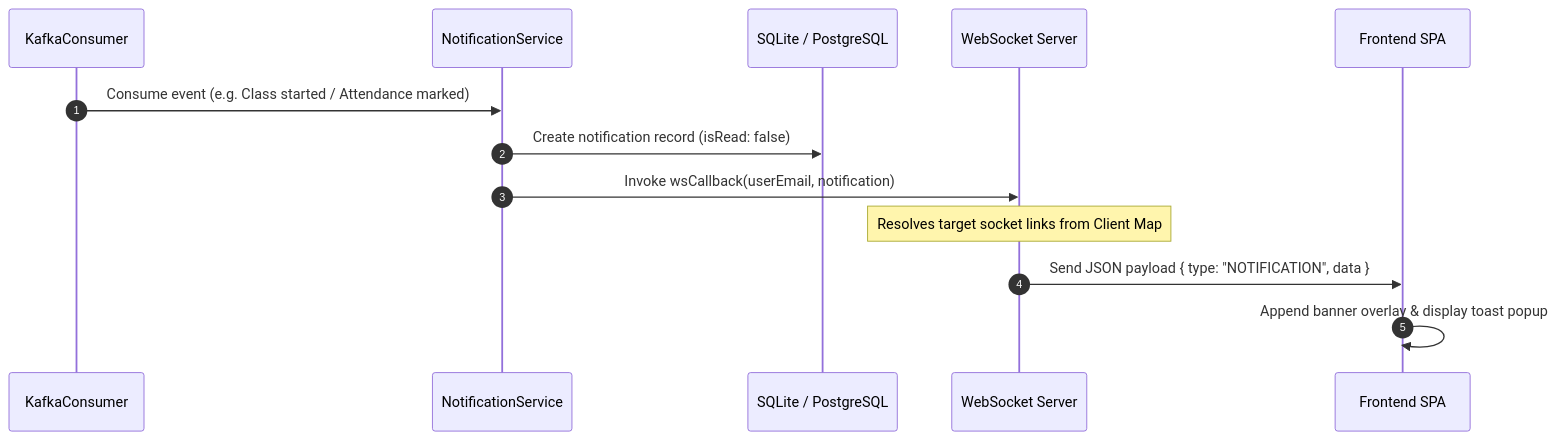
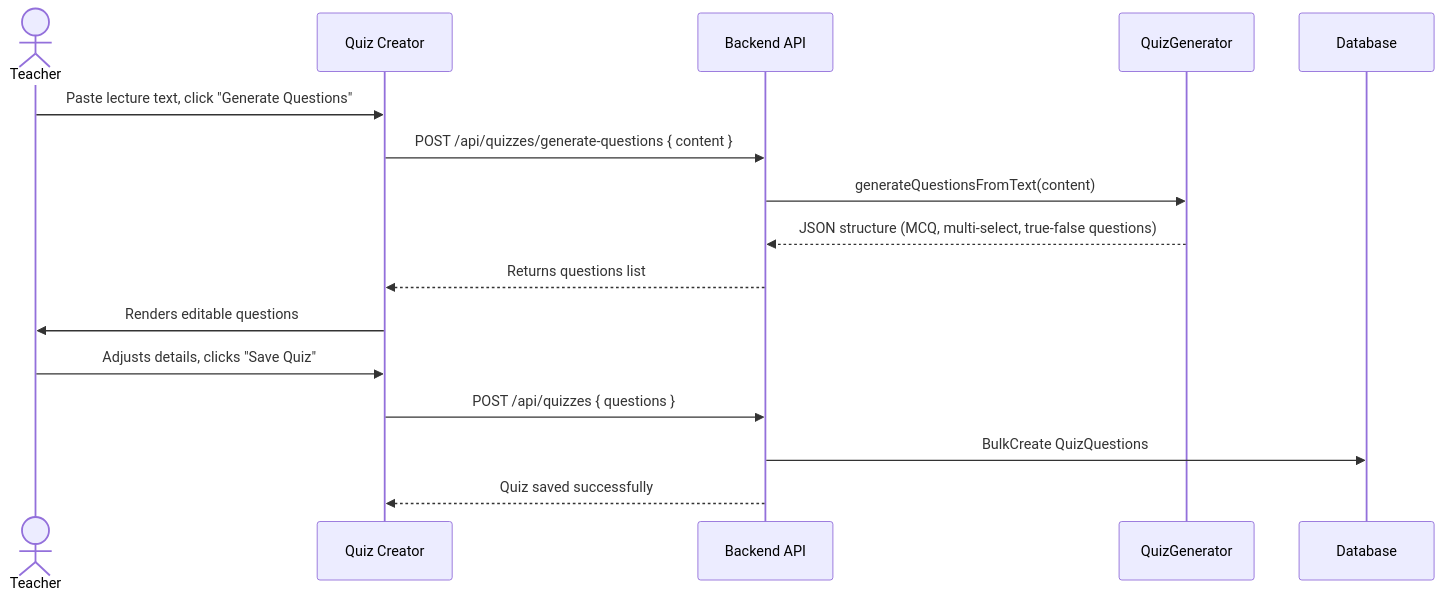
One commit to Sansammax/famehub.com changed the ninth of 11 diagrams in docs/diagrams.md. Above: the diagram before and after it, drawn with Mermaid. The commit also changed other lines of this file and 22 other files, not shown here.

Commit message:
feat: implement live class management system with BigBlueButton integration, attendance tracking, and Kafka event streaming

````diff
--- a/docs/diagrams.md
+++ b/docs/diagrams.md
@@ -167,16 +302,19 @@
 ```mermaid
 sequenceDiagram
-  autonumber
-  participant Consumer as KafkaConsumer
-  participant Notify as NotificationService
-  participant DB as SQLite / PostgreSQL
-  participant WS as WebSocket Server
-  participant Client as Frontend SPA
+  actor Teacher
+  participant UI as Quiz Creator
+  participant API as Backend API
+  participant QGen as QuizGenerator
+  participant DB as Database
 
-  Consumer->>Notify: Consume event (e.g. Class started / Attendance marked)
-  Notify->>DB: Create notification record (isRead: false)
-  Notify->>WS: Invoke wsCallback(userEmail, notification)
-  note over WS: Resolves target socket links from Client Map
-  WS->>Client: Send JSON payload { type: "NOTIFICATION", data }
-  Client->>Client: Append banner overlay & display toast popup
+  Teacher->>UI: Paste lecture text, click "Generate Questions"
+  UI->>API: POST /api/quizzes/generate-questions { content }
+  API->>QGen: generateQuestionsFromText(content)
+  QGen-->>API: JSON structure (MCQ, multi-select, true-false questions)
+  API-->>UI: Returns questions list
+  UI->>Teacher: Renders editable questions
+  Teacher->>UI: Adjusts details, clicks "Save Quiz"
+  UI->>API: POST /api/quizzes { questions }
+  API->>DB: BulkCreate QuizQuestions
+  API-->>UI: Quiz saved successfully
 ```
````
